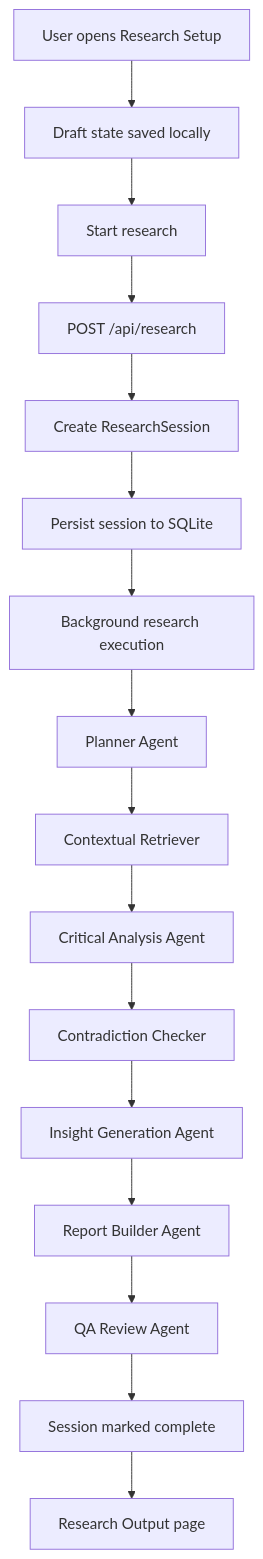
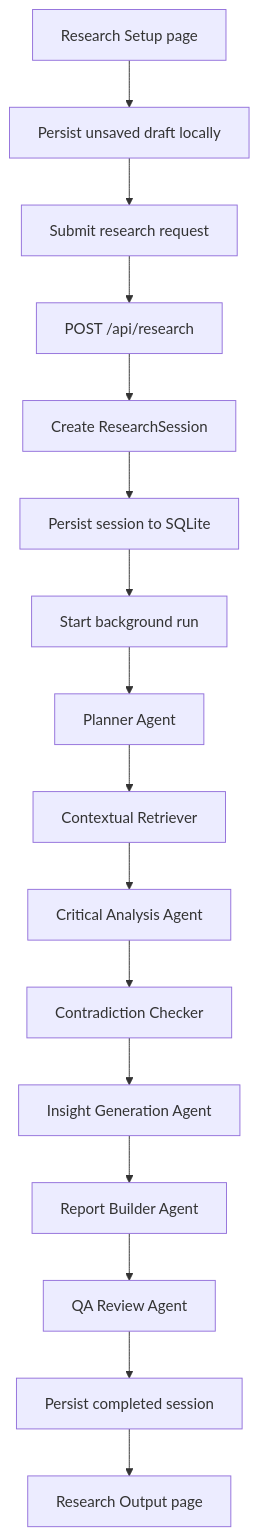
The second of 10 diagrams in Group_9/ai-hackathon/docs/WORKFLOW_DIAGRAMS.md (greenp8888/Submissions_C5), drawn with Mermaid before and after one commit. The commit also changed other lines of this file and 35 other files, not shown here.

````diff
--- a/Group_9/ai-hackathon/docs/WORKFLOW_DIAGRAMS.md
+++ b/Group_9/ai-hackathon/docs/WORKFLOW_DIAGRAMS.md
@@ -5,35 +32,35 @@
 ```mermaid
 flowchart TD
-    Start[User opens Research Setup]
-    Draft[Draft state saved locally]
-    Submit[Start research]
-    API[POST /api/research]
+    Setup[Research Setup page]
+    Draft[Persist unsaved draft locally]
+    Submit[Submit research request]
+    API["POST /api/research"]
     Session[Create ResearchSession]
     Persist[Persist session to SQLite]
-    Run[Background research execution]
+    Background[Start background run]
     Planner[Planner Agent]
     Retriever[Contextual Retriever]
     Analysis[Critical Analysis Agent]
     Contradiction[Contradiction Checker]
     Insight[Insight Generation Agent]
     Reporter[Report Builder Agent]
     QA[QA Review Agent]
-    Complete[Session marked complete]
+    SaveFinal[Persist completed session]
     Output[Research Output page]
 
-    Start --> Draft
+    Setup --> Draft
     Draft --> Submit
     Submit --> API
     API --> Session
     Session --> Persist
-    Persist --> Run
-    Run --> Planner
+    Persist --> Background
+    Background --> Planner
     Planner --> Retriever
     Retriever --> Analysis
     Analysis --> Contradiction
     Contradiction --> Insight
     Insight --> Reporter
     Reporter --> QA
-    QA --> Complete
-    Complete --> Output
+    QA --> SaveFinal
+    SaveFinal --> Output
 ```
````
